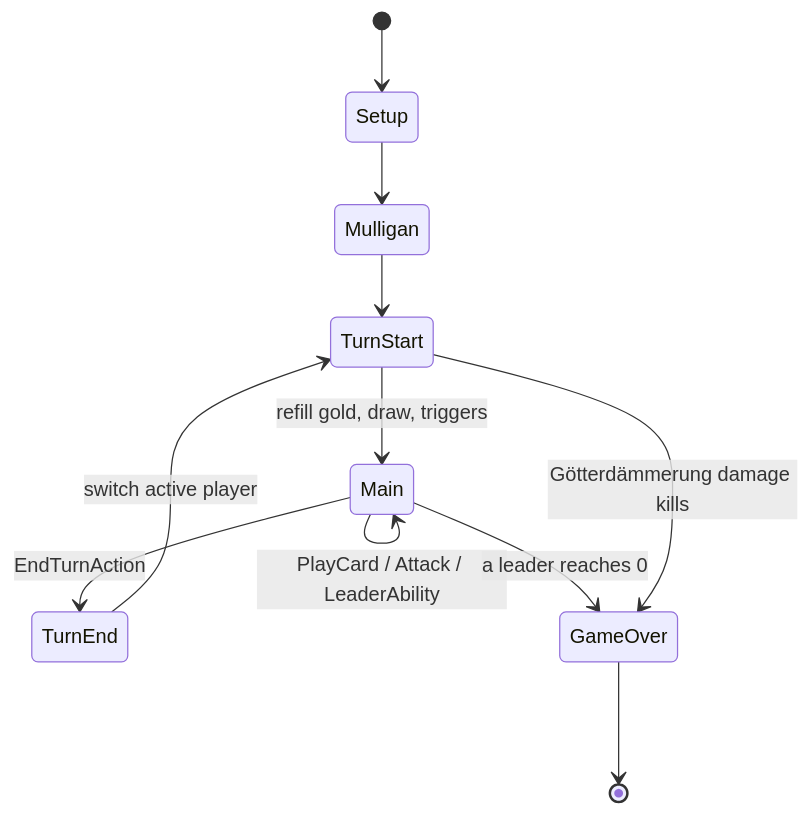
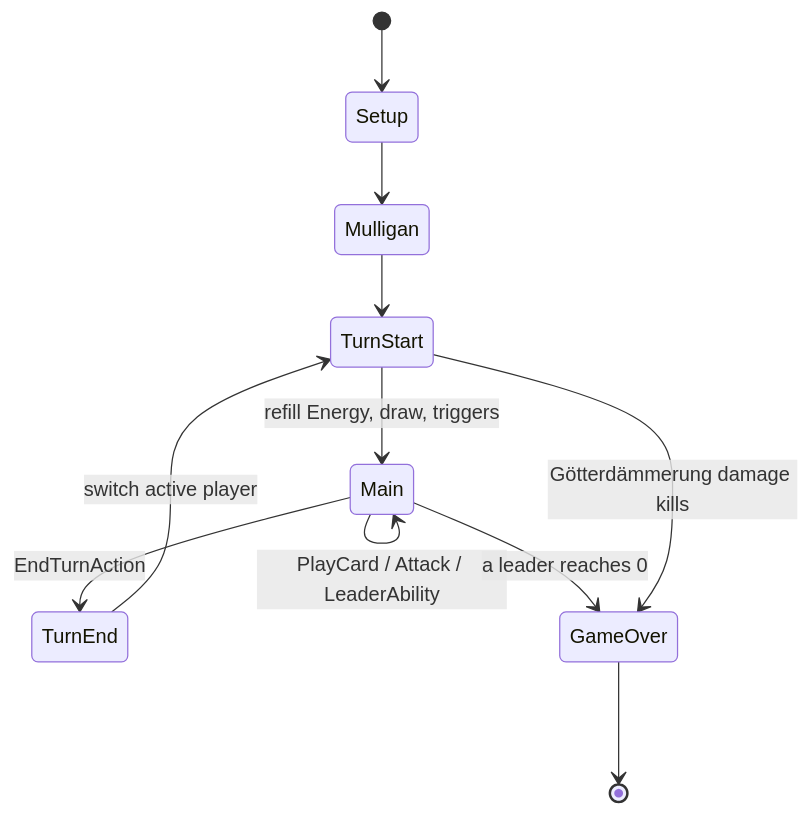
One commit to TuntematonSotilas/nothung changed the diagram in docs/technical/04-game-engine.md. Above: the diagram before and after it, drawn with Mermaid. The commit also changed other lines of this file and 13 other files, not shown here.

````diff
--- a/docs/technical/04-game-engine.md
+++ b/docs/technical/04-game-engine.md
@@ -36,13 +36,13 @@
 ```mermaid
 stateDiagram-v2
     [*] --> Setup
     Setup --> Mulligan
     Mulligan --> TurnStart
-    TurnStart --> Main: refill gold, draw, triggers
+    TurnStart --> Main: refill Energy, draw, triggers
     Main --> Main: PlayCard / Attack / LeaderAbility
     Main --> TurnEnd: EndTurnAction
     TurnEnd --> TurnStart: switch active player
     Main --> GameOver: a leader reaches 0
     TurnStart --> GameOver: Götterdämmerung damage kills
     GameOver --> [*]
 ```
````
